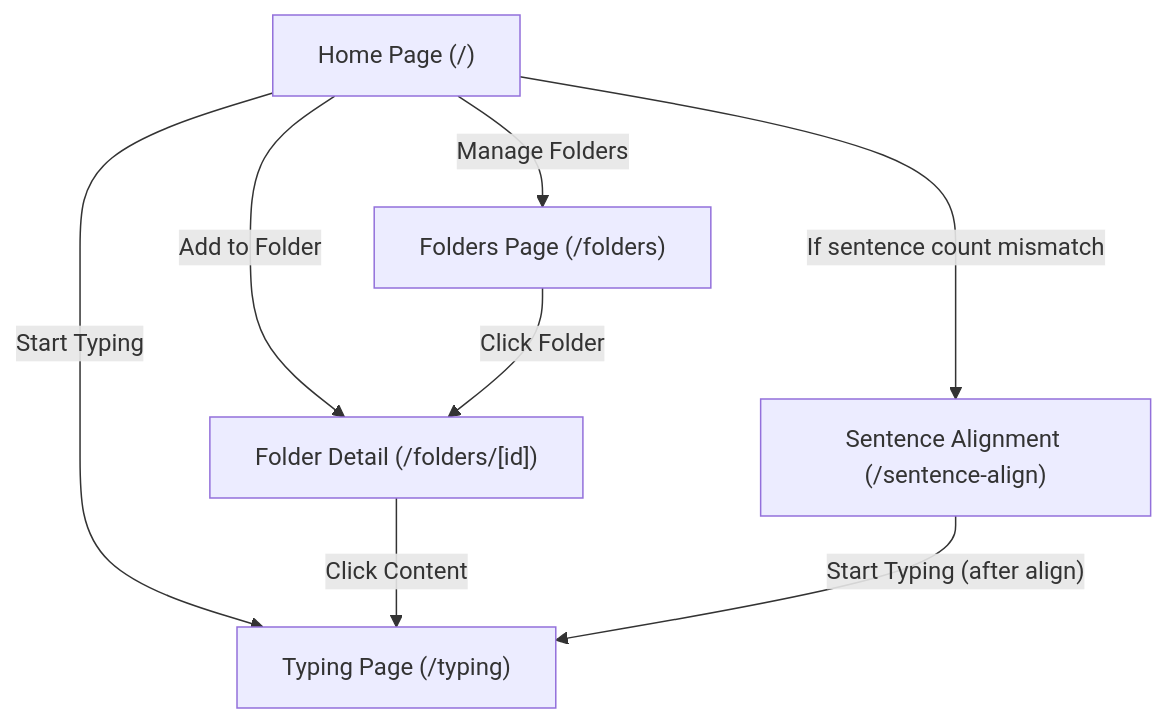
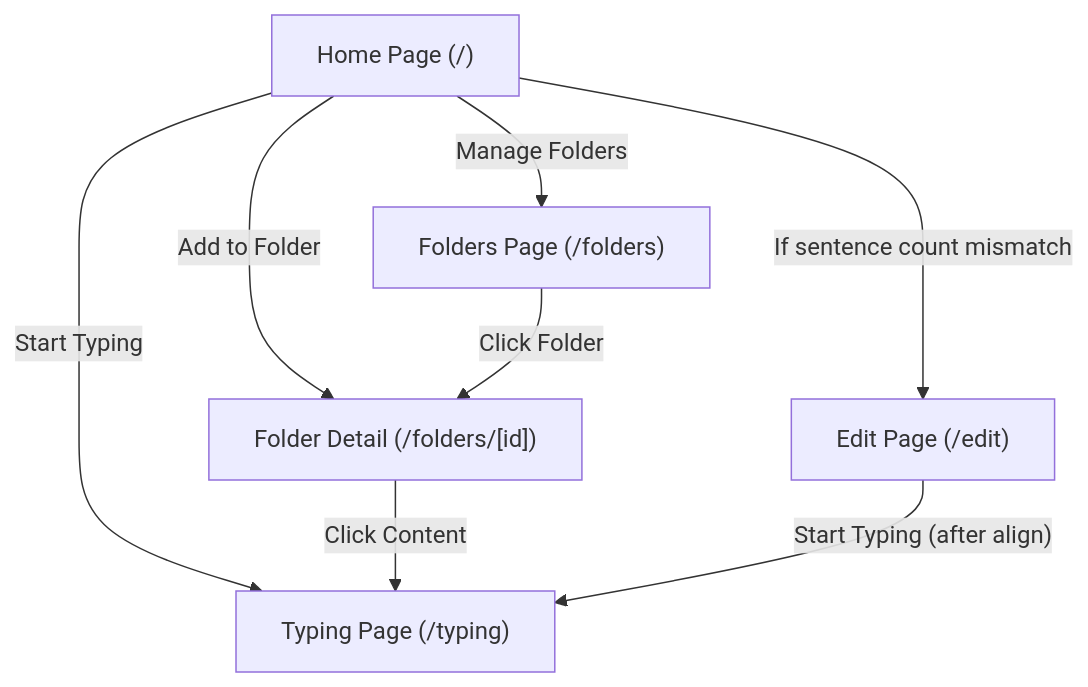
One commit to DavidwithD/simpleTyping changed the diagram in NAVIGATION_MAP.md. Above: the diagram before and after it, drawn with Mermaid. The commit also changed 3 other files, not shown here.

Commit message:
fix: change page name sentence-align -> edit

````diff
--- a/NAVIGATION_MAP.md
+++ b/NAVIGATION_MAP.md
@@ -3,16 +3,16 @@
 ```mermaid
 graph TD
   Home["Home Page (/)"]
   Typing["Typing Page (/typing)"]
-  Align["Sentence Alignment (/sentence-align)"]
+  Align["Edit Page (/edit)"]
   Folders["Folders Page (/folders)"]
   FolderDetail["Folder Detail (/folders/[id])"]
 
   Home -- "Start Typing" --> Typing
   Home -- "If sentence count mismatch" --> Align
   Home -- "Manage Folders" --> Folders
   Home -- "Add to Folder" --> FolderDetail
   Folders -- "Click Folder" --> FolderDetail
   FolderDetail -- "Click Content" --> Typing
   Align -- "Start Typing (after align)" --> Typing
 ```
````
